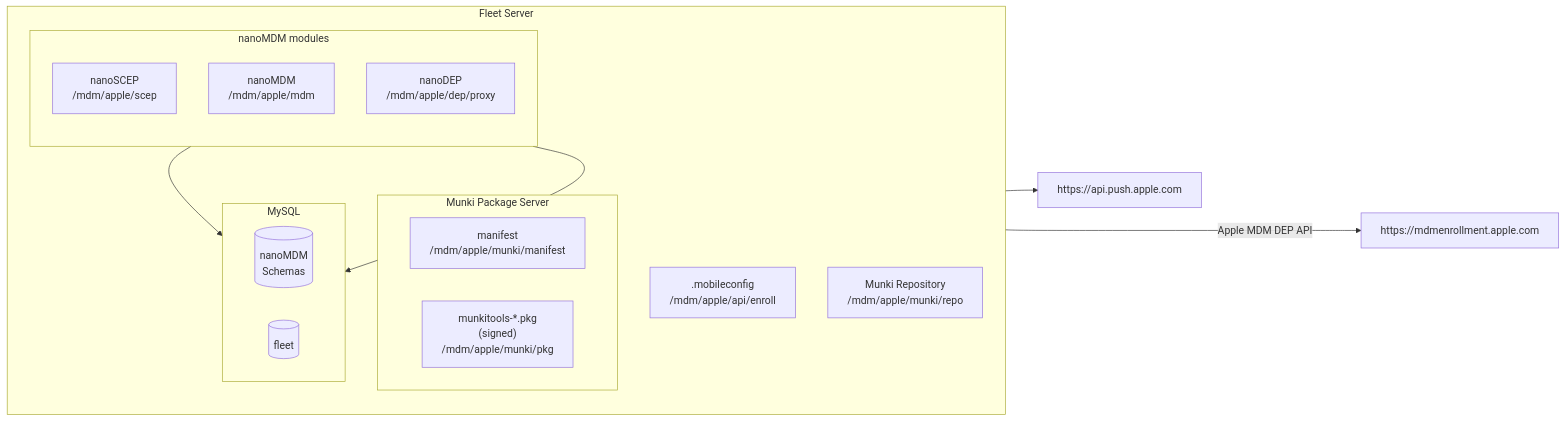
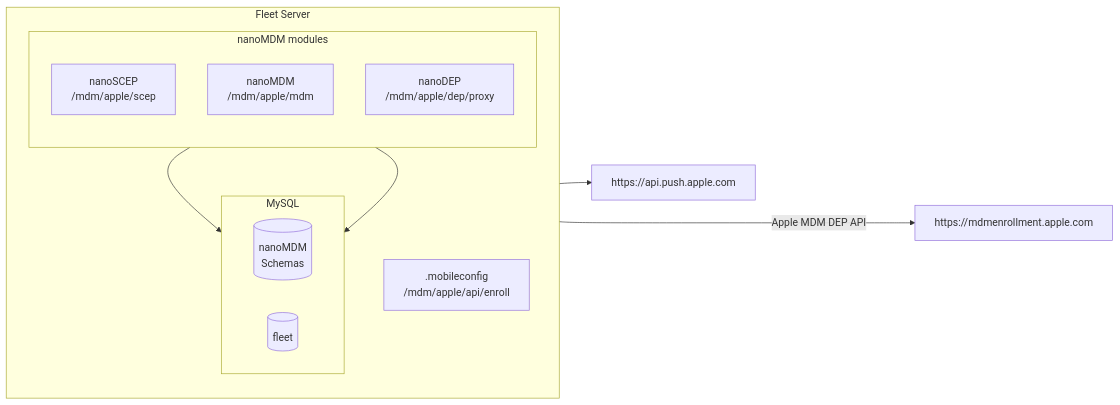
The diagram in tools/mdm/apple/demo.md (fleetdm/fleet), drawn with Mermaid before and after one commit. The commit also changed other lines of this file and 2 other files, not shown here.

Commit message:
Remove Munki setup from MVP-Dogfood

````diff
--- a/tools/mdm/apple/demo.md
+++ b/tools/mdm/apple/demo.md
@@ -5,34 +5,29 @@
 ```mermaid
 flowchart LR
 
 subgraph Fleet [Fleet Server]
 
     direction TB;
 
     enroll[".mobileconfig<br>/mdm/apple/api/enroll"];
     subgraph nanoMDMModules ["nanoMDM modules"]
         direction TB;
         nanoSCEP["nanoSCEP<br>/mdm/apple/scep"];
         nanoMDM["nanoMDM<br>/mdm/apple/mdm"];
         nanoDEP["nanoDEP<br>/mdm/apple/dep/proxy"];
-    end
-    MunkiRepo["Munki Repository<br>/mdm/apple/munki/repo"];
-    subgraph MunkiPkg [Munki Package Server];
-        manifest["manifest<br>/mdm/apple/munki/manifest"]
-        munkitools["munkitools-*.pkg<br>(signed)<br>/mdm/apple/munki/pkg"]
     end
     subgraph MySQL
         direction LR;
         mdmAppleDB[(nanoMDM<br>Schemas)];
         fleetDB[(fleet)];
     end
 end
 
 ApplePush[https://api.push.apple.com];
 AppleDEP[https://mdmenrollment.apple.com];
 nanoDEP -- Apple MDM DEP API ----> AppleDEP;
 nanoMDM --> ApplePush;
 
 nanoDEP --> mdmAppleDB;
 nanoMDM --> mdmAppleDB;
 ```
````
